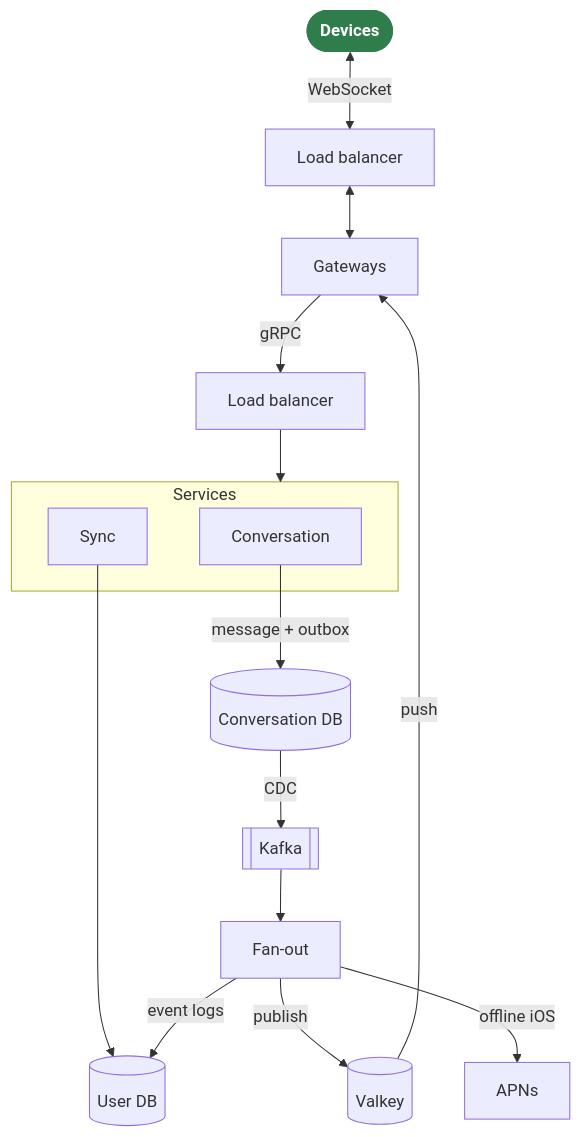
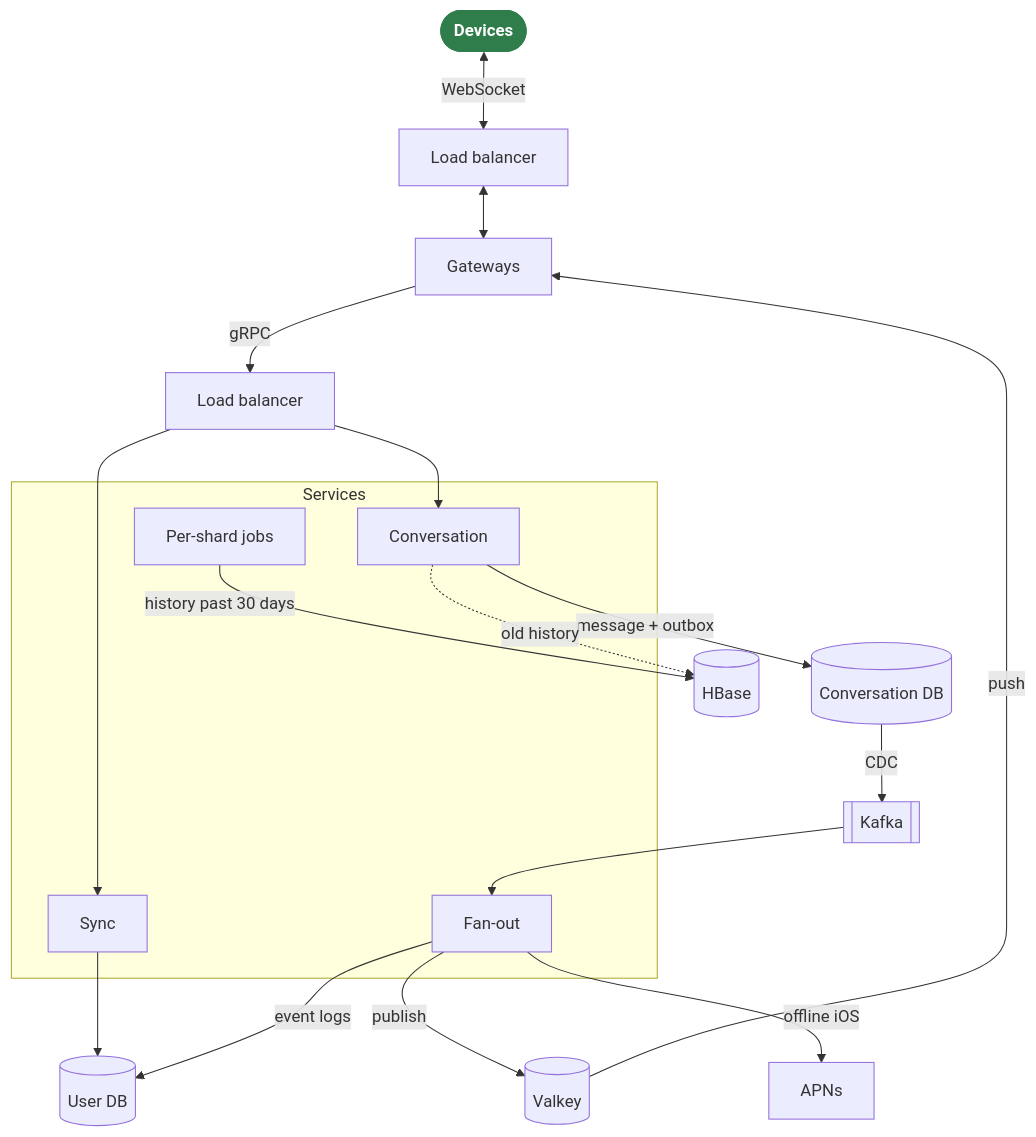
Before and after one commit to vlumi/wrinkle: the diagram in README.md, drawn with Mermaid. The commit also changed other lines of this file and 4 other files, not shown here.

Commit message:
Docs: an overview of the current architecture; the cold tier and the work per shard throughout

````diff
--- a/README.md
+++ b/README.md
@@ -38,30 +39,34 @@
 ```mermaid
 flowchart TB
   devices(["Devices"])
   lb["Load balancer"]
   gw["Gateways"]
   slb["Load balancer"]
   subgraph services ["Services"]
     conv["Conversation"]
     sync["Sync"]
+    fanout["Fan-out"]
+    jobs["Per-shard jobs"]
   end
   convdb[("Conversation DB")]
   userdb[("User DB")]
+  hbase[("HBase")]
   kafka[["Kafka"]]
-  fanout["Fan-out"]
   valkey[("Valkey")]
   apns["APNs"]
 
   devices <-- "WebSocket" --> lb <--> gw
-  gw -- "gRPC" --> slb --> services
+  gw -- "gRPC" --> slb --> conv & sync
   conv -- "message + outbox" --> convdb
   sync --> userdb
   convdb -- "CDC" --> kafka --> fanout
   fanout -- "event logs" --> userdb
   fanout -- "publish" --> valkey
   valkey -- "push" --> gw
   fanout -- "offline iOS" --> apns
+  jobs -- "history past 30 days" --> hbase
+  conv -. "old history" .-> hbase
 
   classDef user fill:#2f7d4a,stroke:#2f7d4a,color:#fff,font-weight:bold
   class devices user
 ```
````
